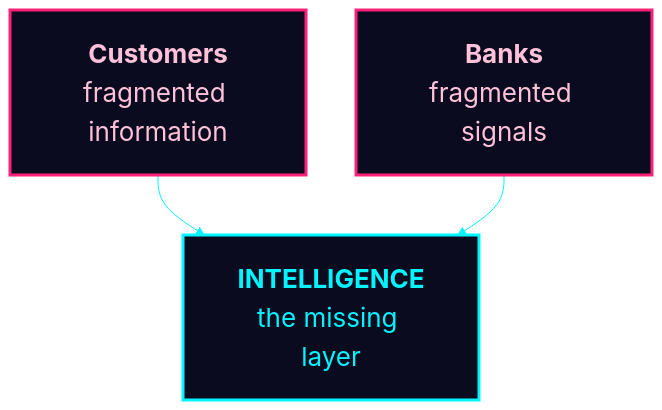
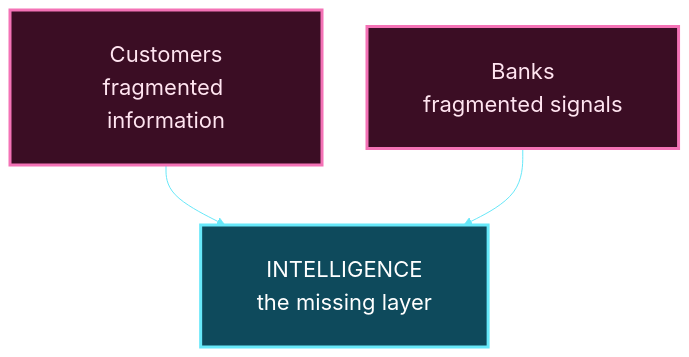
The third of 13 diagrams in README.md (Mansi232323/MANSHORA), drawn with Mermaid before and after one commit. The commit also changed other lines of this file, not shown here.

````diff
--- a/README.md
+++ b/README.md
@@ -147,13 +152,13 @@
 ```mermaid
-%%{init: {'theme':'base','themeVariables':{'fontSize':'26px','lineColor':'#00f5ff','clusterBkg':'#0b0b1f','clusterBorder':'#ff00e5','titleColor':'#ff00e5','edgeLabelBackground':'#0b0b1f'},'flowchart':{'nodeSpacing':50,'rankSpacing':60,'padding':24,'htmlLabels':true}}}%%
+%%{init: {'theme':'base','themeVariables':{'fontSize':'22px','fontFamily':'Arial, Helvetica, sans-serif','lineColor':'#67e8f9','clusterBkg':'#0f0f2b','clusterBorder':'#a78bfa','titleColor':'#e9d5ff','edgeLabelBackground':'#0f0f2b'},'flowchart':{'nodeSpacing':45,'rankSpacing':60,'padding':28,'htmlLabels':false,'useMaxWidth':true}}}%%
 flowchart TB
-    C["<b>Customers</b><br/>fragmented information"]
-    B["<b>Banks</b><br/>fragmented signals"]
-    M["<b>INTELLIGENCE</b><br/>the missing layer"]
+    C["Customers<br/>fragmented information"]
+    B["Banks<br/>fragmented signals"]
+    M["INTELLIGENCE<br/>the missing layer"]
     C --> M
     B --> M
-    classDef problem fill:#0b0b1f,stroke:#ff2079,stroke-width:3px,color:#ffc2da
-    classDef answer fill:#0b0b1f,stroke:#00f5ff,stroke-width:3px,color:#00f5ff
+    classDef problem fill:#3b0d24,stroke:#f472b6,stroke-width:3px,color:#ffe4f0
+    classDef answer fill:#0e4a5c,stroke:#67e8f9,stroke-width:3px,color:#ffffff
     class C,B problem
     class M answer
 ```
````
